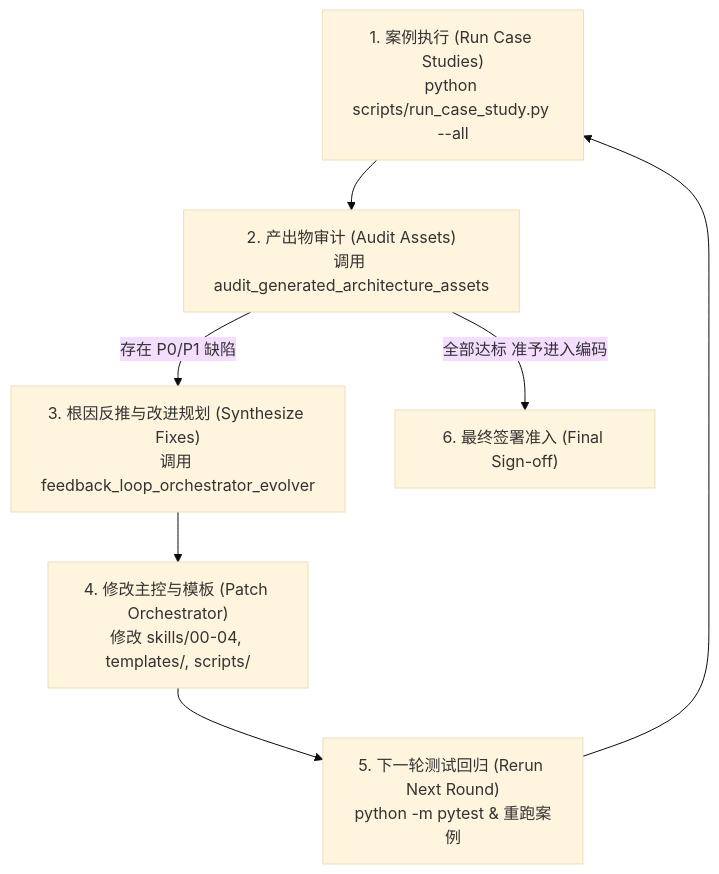
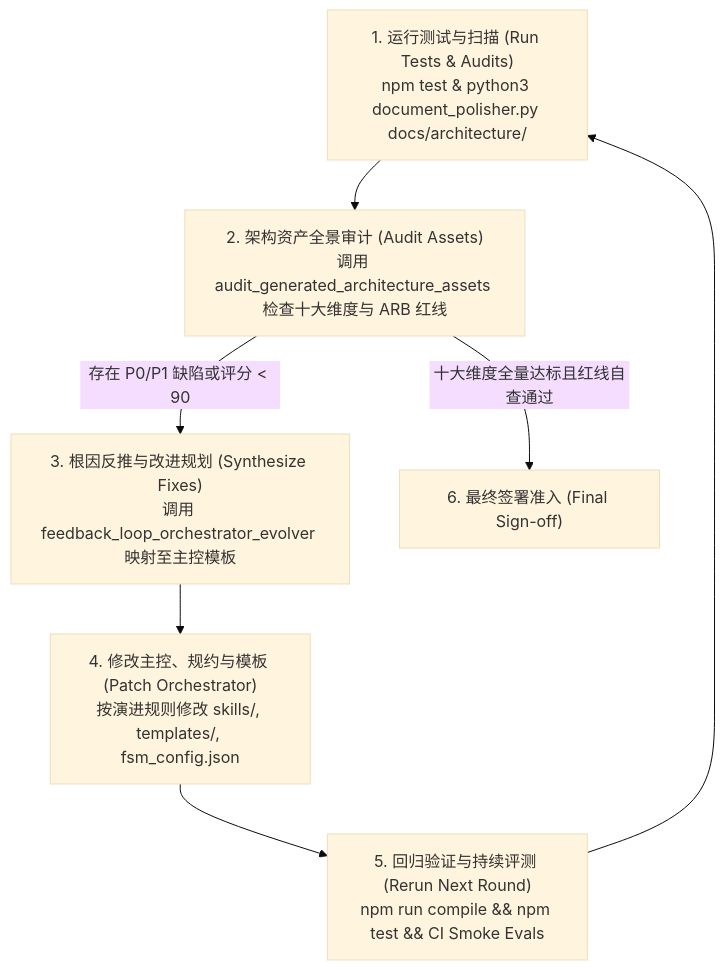
The diagram in skills/05_audit_and_evolution/feedback_loop_orchestrator_evolver.md (swizardlv/architect_skill), drawn with Mermaid (base theme) before and after one commit. The commit also changed other lines of this file and 6 other files, not shown here.

Commit message:
feat(evolution): align test-eval-propose-refine-retest loop skills with Agent AI governance standards

````diff
--- a/skills/05_audit_and_evolution/feedback_loop_orchestrator_evolver.md
+++ b/skills/05_audit_and_evolution/feedback_loop_orchestrator_evolver.md
@@ -26,15 +31,15 @@
 ```mermaid
 flowchart TD
-    RunCases["1. 案例执行 (Run Case Studies)<br/>python scripts/run_case_study.py --all"]
-    AuditAssets["2. 产出物审计 (Audit Assets)<br/>调用 audit_generated_architecture_assets"]
-    SynthesizeFixes["3. 根因反推与改进规划 (Synthesize Fixes)<br/>调用 feedback_loop_orchestrator_evolver"]
-    PatchOrchestrator["4. 修改主控与模板 (Patch Orchestrator)<br/>修改 skills/00-04, templates/, scripts/"]
-    RerunLoop["5. 下一轮测试回归 (Rerun Next Round)<br/>python -m pytest & 重跑案例"]
+    RunTests["1. 运行测试与扫描 (Run Tests & Audits)<br/>npm test & python3 document_polisher.py docs/architecture/"]
+    AuditAssets["2. 架构资产全景审计 (Audit Assets)<br/>调用 audit_generated_architecture_assets 检查十大维度与 ARB 红线"]
+    SynthesizeFixes["3. 根因反推与改进规划 (Synthesize Fixes)<br/>调用 feedback_loop_orchestrator_evolver 映射至主控模板"]
+    PatchOrchestrator["4. 修改主控、规约与模板 (Patch Orchestrator)<br/>按演进规则修改 skills/, templates/, fsm_config.json"]
+    RerunLoop["5. 回归验证与持续评测 (Rerun Next Round)<br/>npm run compile && npm test && CI Smoke Evals"]
 
-    RunCases --> AuditAssets
-    AuditAssets -->|存在 P0/P1 缺陷| SynthesizeFixes
+    RunTests --> AuditAssets
+    AuditAssets -->|存在 P0/P1 缺陷或评分 < 90| SynthesizeFixes
     SynthesizeFixes --> PatchOrchestrator
     PatchOrchestrator --> RerunLoop
-    RerunLoop --> RunCases
-    AuditAssets -->|全部达标 准予进入编码| FinalSignoff["6. 最终签署准入 (Final Sign-off)"]
+    RerunLoop --> RunTests
+    AuditAssets -->|十大维度全量达标且红线自查通过| FinalSignoff["6. 最终签署准入 (Final Sign-off)"]
 ```
````
